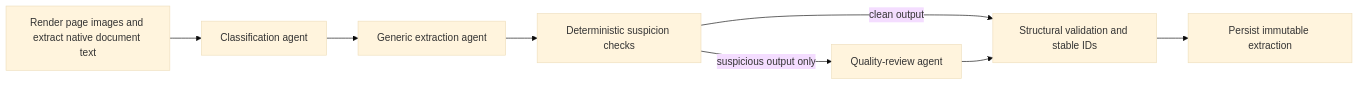
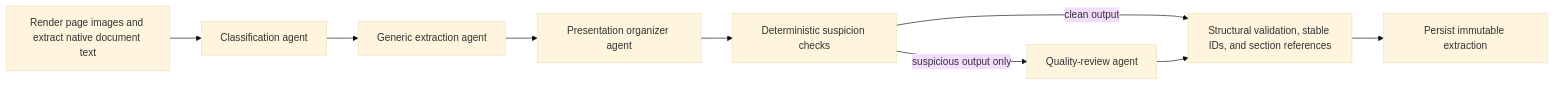
One commit to SriCharanGundla/CAssist changed the third of 4 diagrams in ARCHITECTURE.md. Above: the diagram before and after it, drawn with Mermaid (base theme). The commit also changed other lines of this file and 25 other files, not shown here.

````diff
--- a/ARCHITECTURE.md
+++ b/ARCHITECTURE.md
@@ -915,10 +929,11 @@
 ```mermaid
 flowchart LR
     PRE["Render page images and extract native document text"] --> CLASSIFY["Classification agent"]
     CLASSIFY --> EXTRACT["Generic extraction agent"]
-    EXTRACT --> CHECK["Deterministic suspicion checks"]
+    EXTRACT --> ORGANIZE["Presentation organizer agent"]
+    ORGANIZE --> CHECK["Deterministic suspicion checks"]
     CHECK -->|"suspicious output only"| QUALITY["Quality-review agent"]
-    CHECK -->|"clean output"| STRUCTURE["Structural validation and stable IDs"]
+    CHECK -->|"clean output"| STRUCTURE["Structural validation, stable IDs, and section references"]
     QUALITY --> STRUCTURE
     STRUCTURE --> PERSIST["Persist immutable extraction"]
 ```
````
